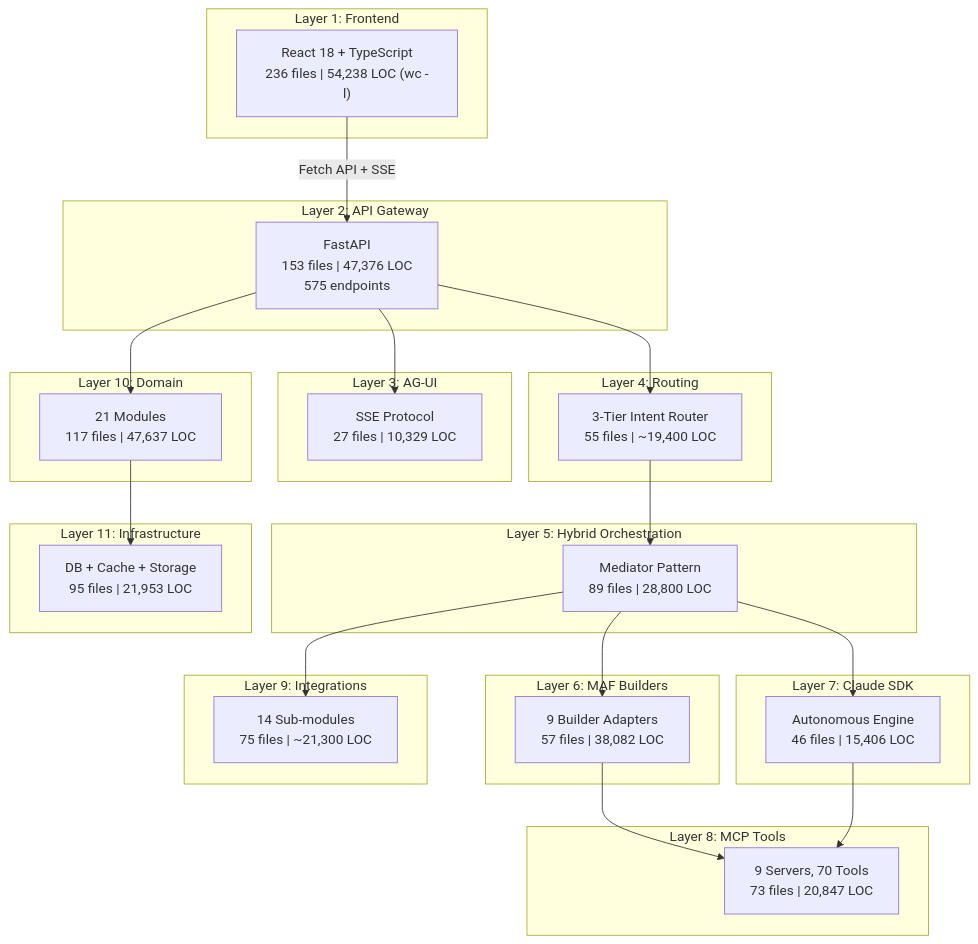
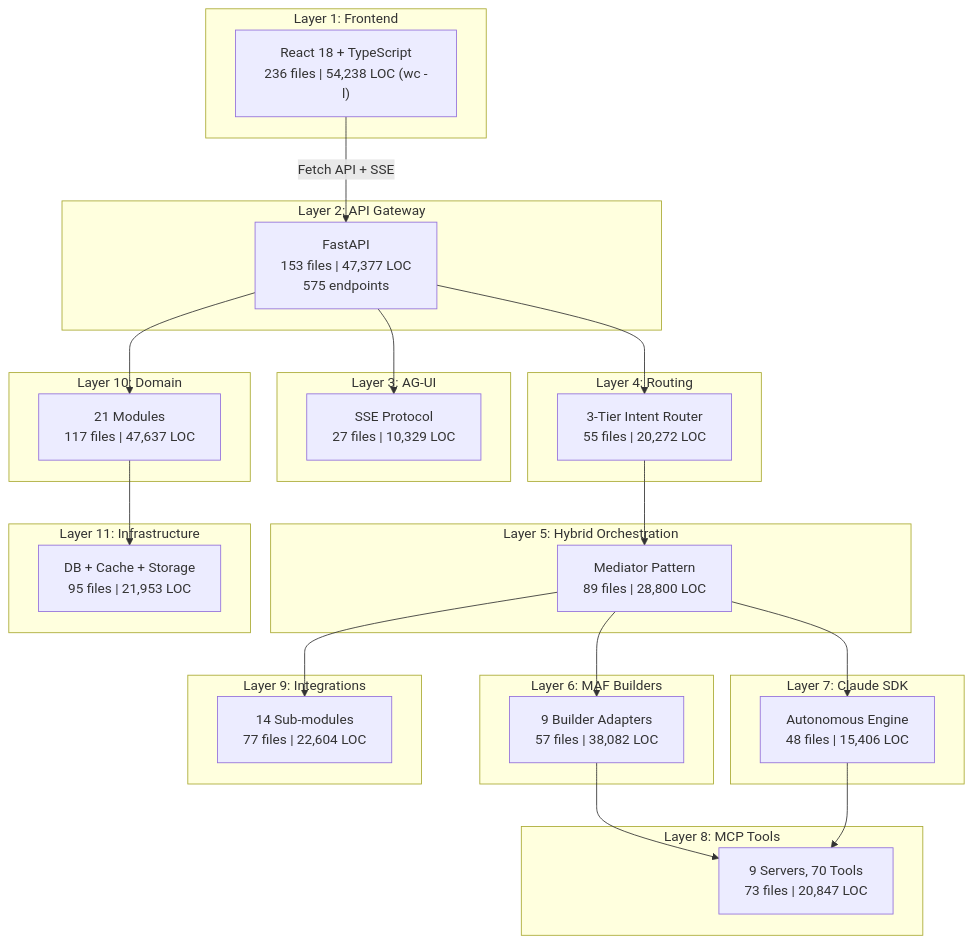
Before and after one commit to laitim2001/ai-semantic-kernel-framework-project: the diagram in docs/07-analysis/V9/00-stats.md, drawn with Mermaid. The commit also changed other lines of this file and 20 other files, not shown here.

````diff
--- a/docs/07-analysis/V9/00-stats.md
+++ b/docs/07-analysis/V9/00-stats.md
@@ -21,48 +21,48 @@
 ```mermaid
 graph TB
     subgraph "Layer 1: Frontend"
         FE["React 18 + TypeScript<br/>236 files | 54,238 LOC (wc -l)"]
     end
     subgraph "Layer 2: API Gateway"
-        API["FastAPI<br/>153 files | 47,376 LOC<br/>575 endpoints"]
+        API["FastAPI<br/>153 files | 47,377 LOC<br/>575 endpoints"]
     end
     subgraph "Layer 3: AG-UI"
         AGUI["SSE Protocol<br/>27 files | 10,329 LOC"]
     end
     subgraph "Layer 4: Routing"
-        ROUTE["3-Tier Intent Router<br/>55 files | ~19,400 LOC"]
+        ROUTE["3-Tier Intent Router<br/>55 files | 20,272 LOC"]
     end
     subgraph "Layer 5: Hybrid Orchestration"
         HYBRID["Mediator Pattern<br/>89 files | 28,800 LOC"]
     end
     subgraph "Layer 6: MAF Builders"
         MAF["9 Builder Adapters<br/>57 files | 38,082 LOC"]
     end
     subgraph "Layer 7: Claude SDK"
-        CLAUDE["Autonomous Engine<br/>46 files | 15,406 LOC"]
+        CLAUDE["Autonomous Engine<br/>48 files | 15,406 LOC"]
     end
     subgraph "Layer 8: MCP Tools"
         MCP["9 Servers, 70 Tools<br/>73 files | 20,847 LOC"]
     end
     subgraph "Layer 9: Integrations"
-        INT["14 Sub-modules<br/>75 files | ~21,300 LOC"]
+        INT["14 Sub-modules<br/>77 files | 22,604 LOC"]
     end
     subgraph "Layer 10: Domain"
         DOM["21 Modules<br/>117 files | 47,637 LOC"]
     end
     subgraph "Layer 11: Infrastructure"
         INFRA["DB + Cache + Storage<br/>95 files | 21,953 LOC"]
     end
 
     FE -->|"Fetch API + SSE"| API
     API --> AGUI
     API --> ROUTE
     ROUTE --> HYBRID
     HYBRID --> MAF
     HYBRID --> CLAUDE
     MAF --> MCP
     CLAUDE --> MCP
     HYBRID --> INT
     API --> DOM
     DOM --> INFRA
 ```
````
